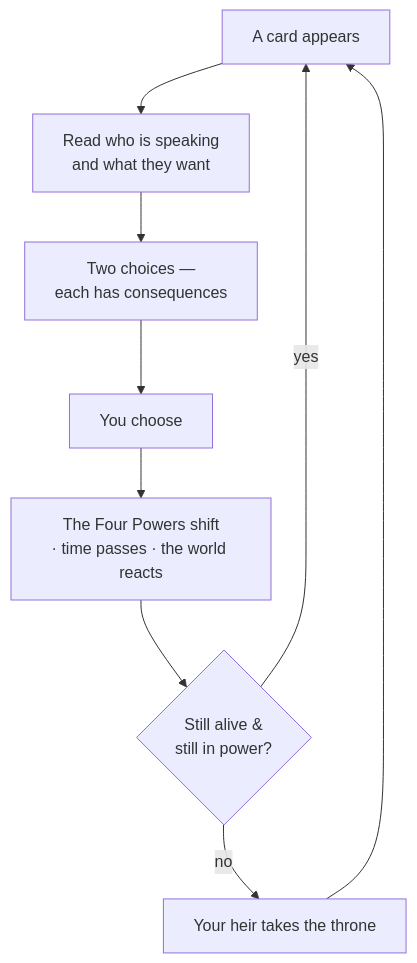
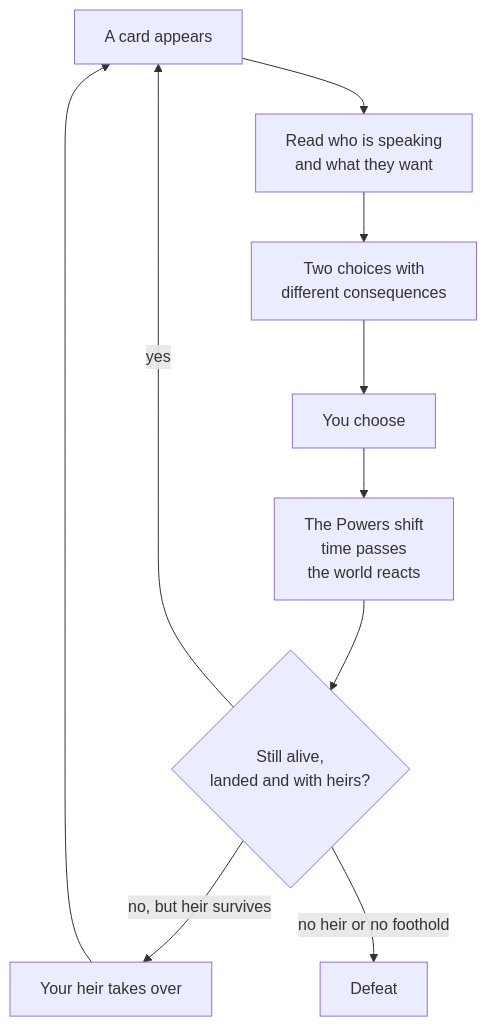
The diagram in content/basics/How to Play.md (kroryan/Quartz-HispaniaBeta), drawn with Mermaid before and after one commit. The commit also changed other lines of this file and 35 other files, not shown here.

````diff
--- a/content/basics/How to Play.md
+++ b/content/basics/How to Play.md
@@ -20,11 +18,12 @@
 ```mermaid
 flowchart TD
     A[A card appears] --> B[Read who is speaking<br/>and what they want]
-    B --> C[Two choices —<br/>each has consequences]
+    B --> C[Two choices with<br/>different consequences]
     C --> D[You choose]
-    D --> E[The Four Powers shift<br/>· time passes · the world reacts]
-    E --> F{Still alive &<br/>still in power?}
+    D --> E[The Powers shift<br/>time passes<br/>the world reacts]
+    E --> F{Still alive,<br/>landed and with heirs?}
     F -->|yes| A
-    F -->|no| G[Your heir takes the throne]
+    F -->|no, but heir survives| G[Your heir takes over]
     G --> A
+    F -->|no heir or no foothold| X[Defeat]
 ```
````
